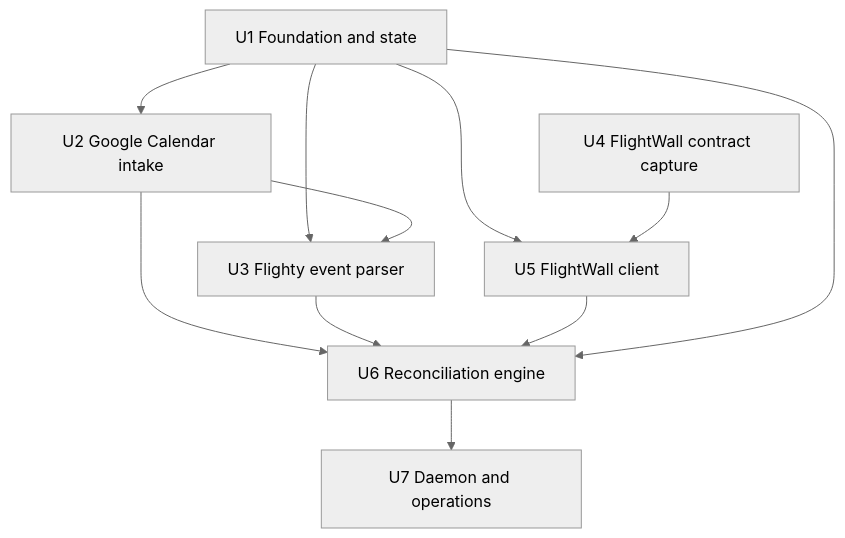
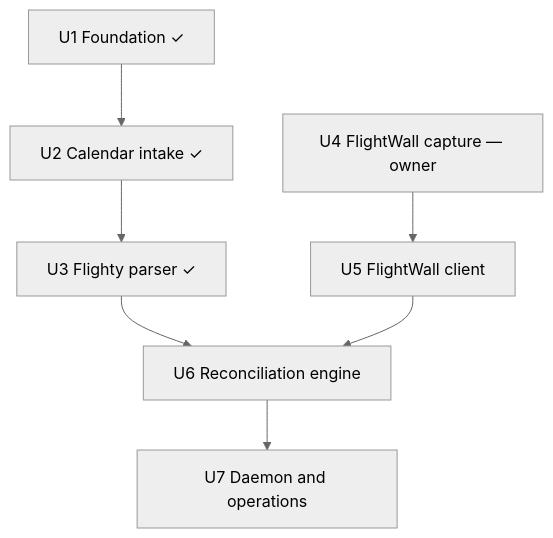
Before and after one commit to butlerx/flighty-wall: the third of 3 diagrams in docs/plans/2026-09-21-001-feat-flighty-flightwall-sync-plan.md, drawn with Mermaid (neutral theme). The commit also changed other lines of this file and 5 other files, not shown here.

````diff
--- a/docs/plans/2026-09-21-001-feat-flighty-flightwall-sync-plan.md
+++ b/docs/plans/2026-09-21-001-feat-flighty-flightwall-sync-plan.md
@@ -231,21 +253,16 @@
 ```mermaid
 flowchart TB
-    U1[U1 Foundation and state]
-    U2[U2 Google Calendar intake]
-    U3[U3 Flighty event parser]
-    U4[U4 FlightWall contract capture]
+    U1[U1 Foundation ✓]
+    U2[U2 Calendar intake ✓]
+    U3[U3 Flighty parser ✓]
+    U4[U4 FlightWall capture — owner]
     U5[U5 FlightWall client]
     U6[U6 Reconciliation engine]
     U7[U7 Daemon and operations]
 
-    U1 --> U2
-    U1 --> U3
-    U1 --> U5
+    U1 --> U2 --> U3
     U4 --> U5
-    U2 --> U3
-    U2 --> U6
     U3 --> U6
     U5 --> U6
-    U1 --> U6
     U6 --> U7
 ```
````
